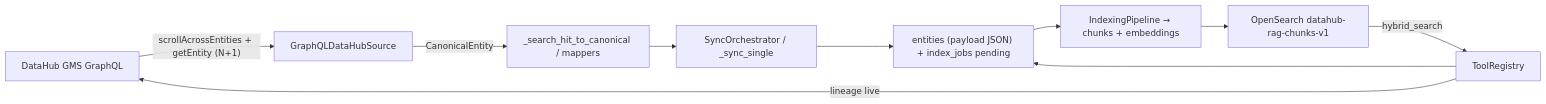
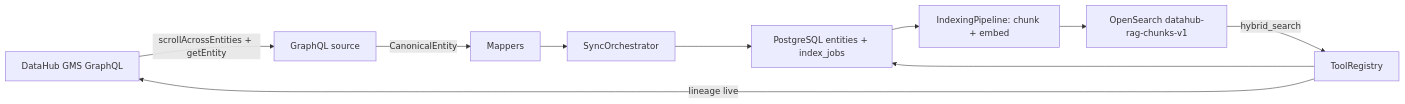
Before and after one commit to anoreo07/datahub_ai_chatbot: the sixth of 16 diagrams in datahub-ai-chatbot/docs/TECHNICAL_ARCHITECTURE_REPORT.md, drawn with Mermaid. The commit also changed other lines of this file and 414 other files, not shown here.

````diff
--- a/datahub-ai-chatbot/docs/TECHNICAL_ARCHITECTURE_REPORT.md
+++ b/datahub-ai-chatbot/docs/TECHNICAL_ARCHITECTURE_REPORT.md
@@ -702,12 +257,12 @@
 ```mermaid
 flowchart LR
-    DH2["DataHub GMS GraphQL"] -->|"scrollAcrossEntities + getEntity (N+1)"| GQL["GraphQLDataHubSource"]
-    GQL -->|"CanonicalEntity"| MAP["_search_hit_to_canonical / mappers"]
-    MAP --> SYNC["SyncOrchestrator / _sync_single"]
-    SYNC --> PG2["entities (payload JSON) + index_jobs pending"]
-    PG2 --> INDEX2["IndexingPipeline → chunks + embeddings"]
+    DH2["DataHub GMS GraphQL"] -->|"scrollAcrossEntities + getEntity"| GQL["GraphQL source"]
+    GQL -->|"CanonicalEntity"| MAP["Mappers"]
+    MAP --> SYNC["SyncOrchestrator"]
+    SYNC --> PG2["PostgreSQL entities + index_jobs"]
+    PG2 --> INDEX2["IndexingPipeline: chunk + embed"]
     INDEX2 --> OS2["OpenSearch datahub-rag-chunks-v1"]
     TR2["ToolRegistry"] --> PG2
     TR2 -->|"lineage live"| DH2
     OS2 -->|"hybrid_search"| TR2
 ```
````
